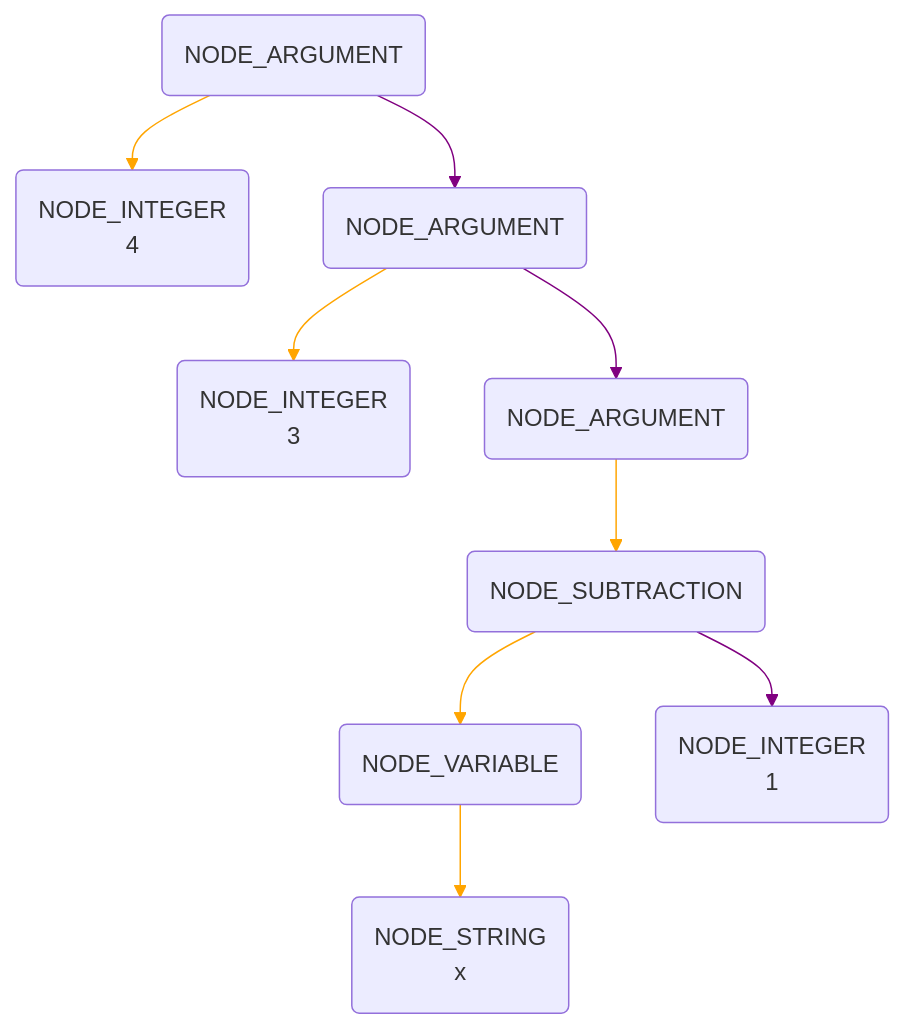
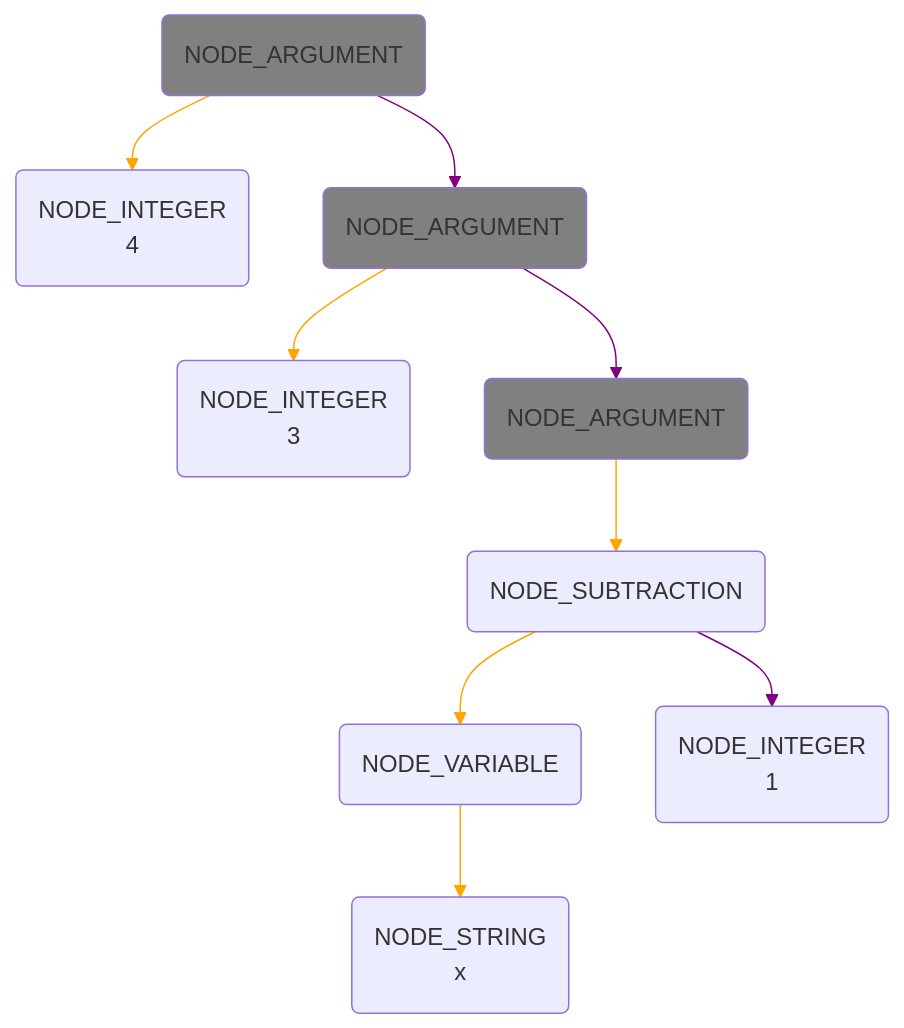
The sixth of 8 diagrams in FinalProject/README.md (RobinHsieh/Compiler_in_C), drawn with Mermaid before and after one commit. The commit also changed other lines of this file, not shown here.

````diff
--- a/FinalProject/README.md
+++ b/FinalProject/README.md
@@ -209,14 +215,16 @@
 ```mermaid
 graph TB
 20(NODE_ARGUMENT) --> 0(NODE_INTEGER\n4)
 20 --> 120(NODE_ARGUMENT)
 120 --> 100(NODE_INTEGER\n3)
 120 --> 220(NODE_ARGUMENT)
 220 --> 4(NODE_SUBTRACTION)
 4 --> 17(NODE_VARIABLE)
 4 --> 200(NODE_INTEGER\n1)
 17 --> 2(NODE_STRING\nx)
 
 linkStyle 0,2,4,5,7 stroke:orange;
 linkStyle 1,3,6 stroke:purple;
+classDef gray fill:gray;
+class 20,120,220 gray;
 ```
````
